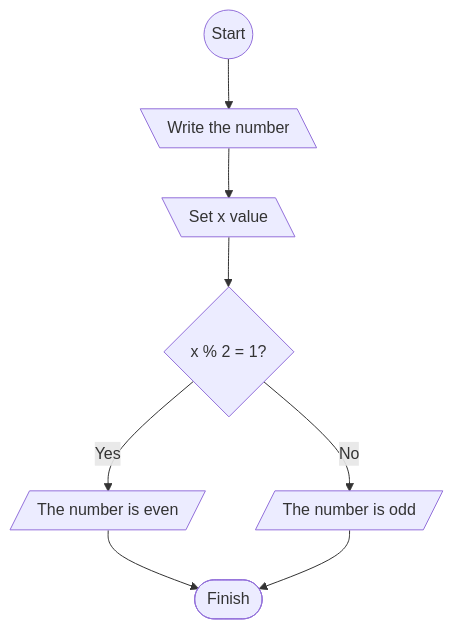
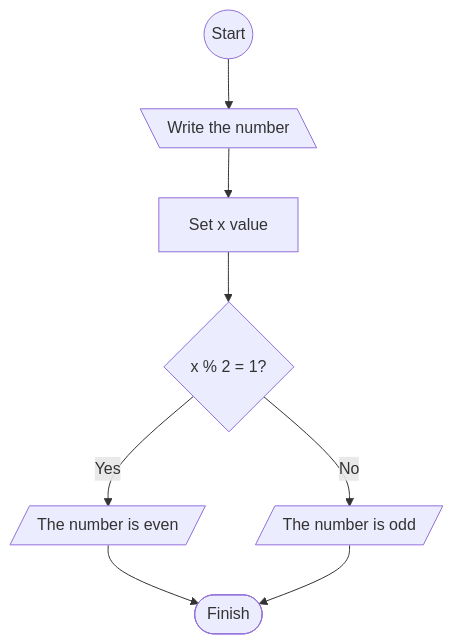
One commit to AndreLucas0/aula-LP changed the ninth of 9 diagrams in Listas de Exercícios/LP_Lista_01/README.md. Above: the diagram before and after it, drawn with Mermaid. The commit also changed other lines of this file, not shown here.

````diff
--- a/Listas de Exercícios/LP_Lista_01/README.md
+++ b/Listas de Exercícios/LP_Lista_01/README.md
@@ -155,10 +159,10 @@
    ```mermaid
    flowchart TD
       start(( Start )) --> input1[\ Write the number \]
-        input1 --> value1[\ Set x value \]
+        input1 --> value1[ Set x value ]
         value1 --> verification1{ x % 2 = 1? }
         verification1 --> |Yes| A[/ The number is even /]
         verification1 --> |No| B[/ The number is odd /]
         A --> finish([ Finish ])
         B --> finish
    ```
````
